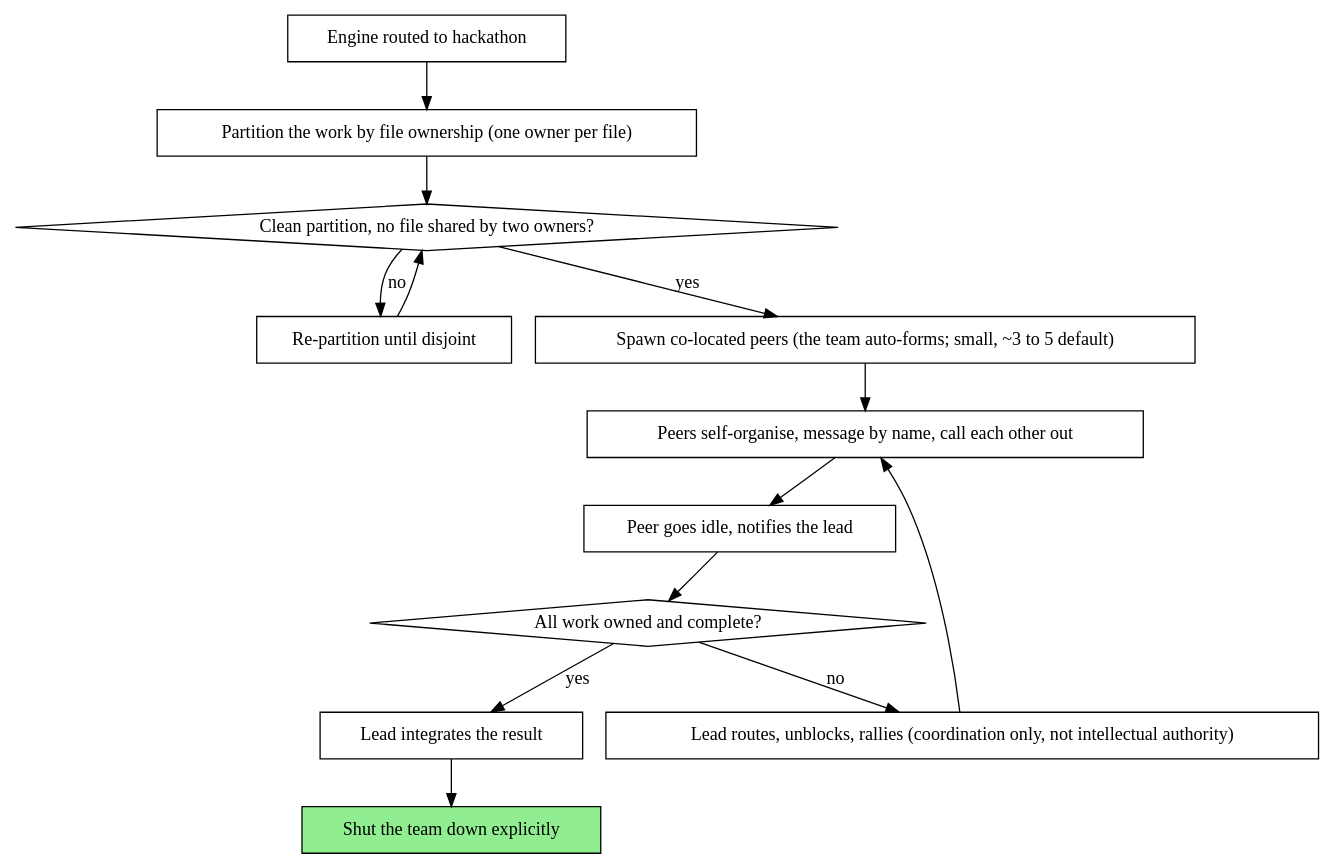
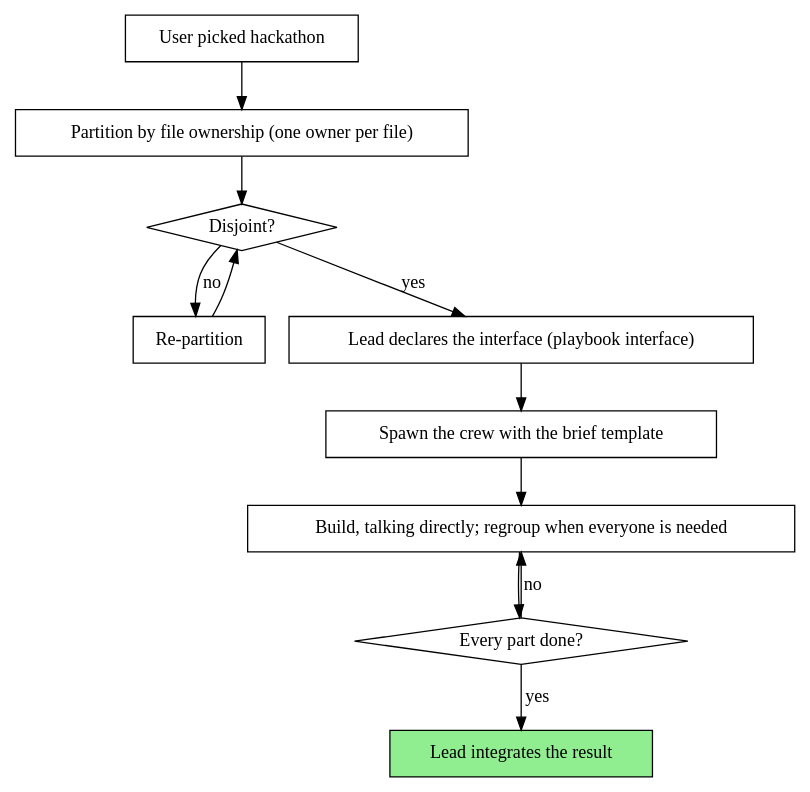
Before and after one commit to lujstn/playbook: the diagram in skills/hackathon-team/SKILL.md, drawn with Graphviz. The commit also changed other lines of this file and 103 other files, not shown here.

````diff
--- a/skills/hackathon-team/SKILL.md
+++ b/skills/hackathon-team/SKILL.md
@@ -55,29 +116,25 @@
 ```dot
 digraph hackathon_team {
     rankdir=TB;
-    "Engine routed to hackathon" [shape=box];
-    "Partition the work by file ownership (one owner per file)" [shape=box];
-    "Clean partition, no file shared by two owners?" [shape=diamond];
-    "Re-partition until disjoint" [shape=box];
-    "Spawn co-located peers (the team auto-forms; small, ~3 to 5 default)" [shape=box];
-    "Peers self-organise, message by name, call each other out" [shape=box];
-    "Peer goes idle, notifies the lead" [shape=box];
-    "All work owned and complete?" [shape=diamond];
-    "Lead routes, unblocks, rallies (coordination only, not intellectual authority)" [shape=box];
-    "Lead integrates the result" [shape=box];
-    "Shut the team down explicitly" [shape=box style=filled fillcolor=lightgreen];
+    "User picked hackathon" [shape=box];
+    "Partition by file ownership (one owner per file)" [shape=box];
+    "Disjoint?" [shape=diamond];
+    "Re-partition" [shape=box];
+    "Lead declares the interface (playbook interface)" [shape=box];
+    "Spawn the crew with the brief template" [shape=box];
+    "Build, talking directly; regroup when everyone is needed" [shape=box];
+    "Every part done?" [shape=diamond];
+    "Lead integrates the result" [shape=box style=filled fillcolor=lightgreen];
 
-    "Engine routed to hackathon" -> "Partition the work by file ownership (one owner per file)";
-    "Partition the work by file ownership (one owner per file)" -> "Clean partition, no file shared by two owners?";
-    "Clean partition, no file shared by two owners?" -> "Re-partition until disjoint" [label="no"];
-    "Re-partition until disjoint" -> "Clean partition, no file shared by two owners?";
-    "Clean partition, no file shared by two owners?" -> "Spawn co-located peers (the team auto-forms; small, ~3 to 5 default)" [label="yes"];
-    "Spawn co-located peers (the team auto-forms; small, ~3 to 5 default)" -> "Peers self-organise, message by name, call each other out";
-    "Peers self-organise, message by name, call each other out" -> "Peer goes idle, notifies the lead";
-    "Peer goes idle, notifies the lead" -> "All work owned and complete?";
-    "All work owned and complete?" -> "Lead routes, unblocks, rallies (coordination only, not intellectual authority)" [label="no"];
-    "Lead routes, unblocks, rallies (coordination only, not intellectual authority)" -> "Peers self-organise, message by name, call each other out";
-    "All work owned and complete?" -> "Lead integrates the result" [label="yes"];
-    "Lead integrates the result" -> "Shut the team down explicitly";
+    "User picked hackathon" -> "Partition by file ownership (one owner per file)";
+    "Partition by file ownership (one owner per file)" -> "Disjoint?";
+    "Disjoint?" -> "Re-partition" [label="no"];
+    "Re-partition" -> "Disjoint?";
+    "Disjoint?" -> "Lead declares the interface (playbook interface)" [label="yes"];
+    "Lead declares the interface (playbook interface)" -> "Spawn the crew with the brief template";
+    "Spawn the crew with the brief template" -> "Build, talking directly; regroup when everyone is needed";
+    "Build, talking directly; regroup when everyone is needed" -> "Every part done?";
+    "Every part done?" -> "Build, talking directly; regroup when everyone is needed" [label="no"];
+    "Every part done?" -> "Lead integrates the result" [label="yes"];
 }
 ```
````
